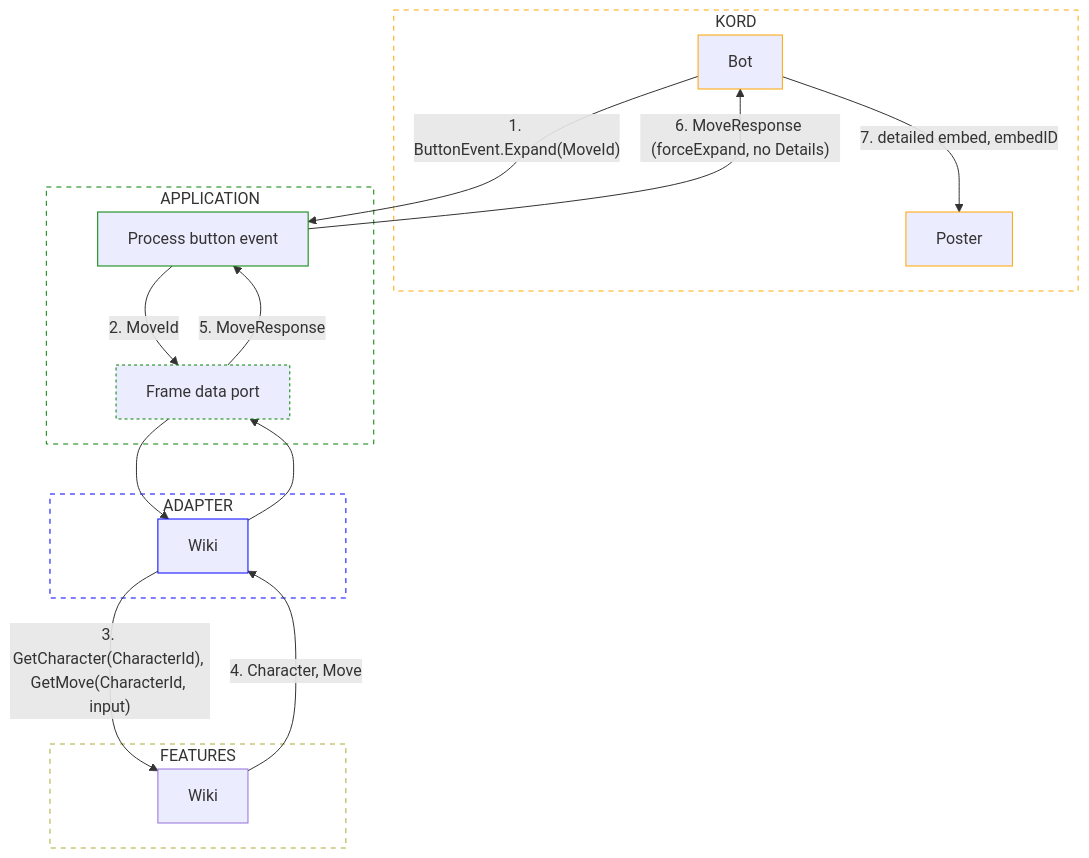
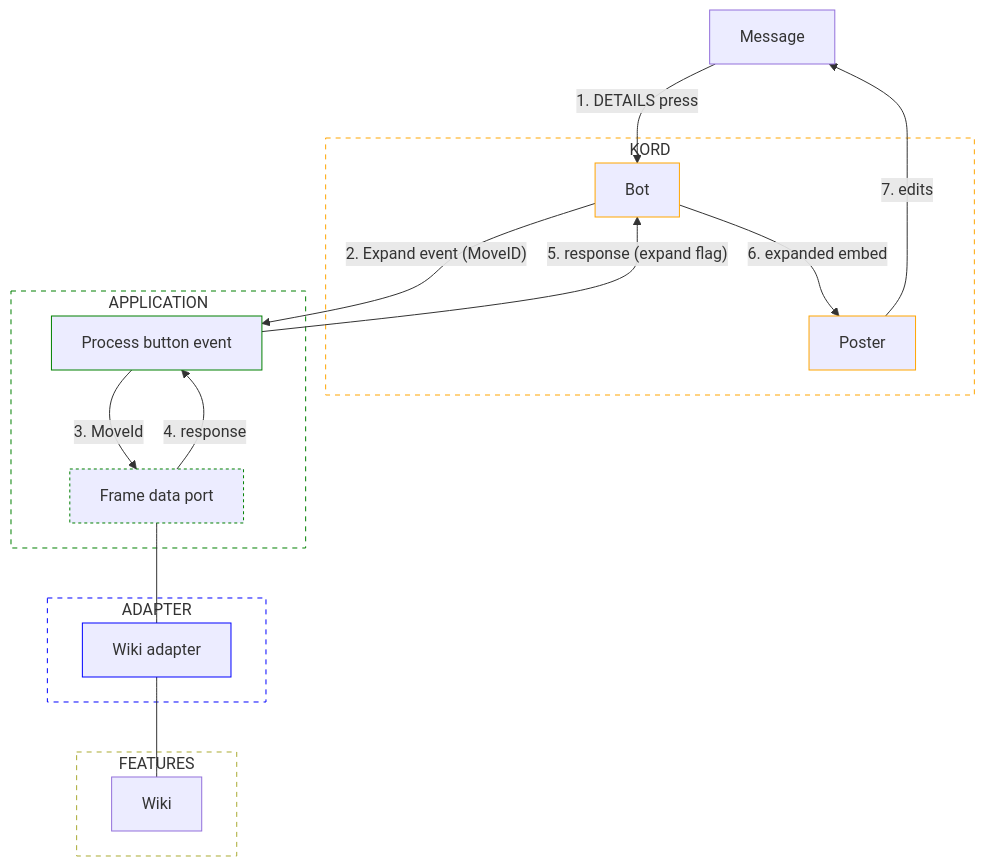
Before and after one commit to Sophon/FightingNerd: the diagram in bot/discord/src/jvmMain/kotlin/io/github/sophon/discord/docs/flow-expand.mmd, drawn with Mermaid.

Commit message:
docs (discord): expand flow graph

```diff
--- a/bot/discord/src/jvmMain/kotlin/io/github/sophon/discord/docs/flow-expand.mmd
+++ b/bot/discord/src/jvmMain/kotlin/io/github/sophon/discord/docs/flow-expand.mmd
@@ -1,38 +1,42 @@
 flowchart TD
+    message["Message"]
+
     subgraph KORD
         bot["Bot"]
         poster["Poster"]
     end
 
     subgraph APPLICATION
-        edit["Process button event"]
-        frame_data_p["Frame data port"]
+        btn_svc["Process button event"]
+        fd_p["Frame data port"]
     end
 
     subgraph ADAPTER
-        wiki_adp["Wiki"]
+        wiki_adp["Wiki adapter"]
     end
 
     subgraph FEATURES
         wiki["Wiki"]
     end
 
 
-    bot --> |"1. ButtonEvent.Expand(MoveId)"| edit --> |"2. MoveId"| frame_data_p --> wiki_adp --> |"3. GetCharacter(CharacterId), GetMove(CharacterId, input)"| wiki
-    wiki --> |"4. Character, Move"| wiki_adp --> frame_data_p --> |"5. MoveResponse"| edit --> |"6. MoveResponse (forceExpand, no Details)"| bot --> |"7. detailed embed, embedID"| poster
+    message --> |"1. DETAILS press"| bot --> |"2. Expand event (MoveID)"| btn_svc --> |"3. MoveId"| fd_p
+    fd_p --- wiki_adp --- wiki
+    fd_p --> |"4. response"| btn_svc --> |"5. response (expand flag)"| bot
+    bot --> |"6. expanded embed"| poster --> |"7. edits"| message
 
 
     style KORD stroke:orange,stroke-dasharray:5 5,fill:none
     style APPLICATION stroke:green,stroke-dasharray:5 5,fill:none
     style ADAPTER stroke:blue,stroke-dasharray:5 5,fill:none
     style FEATURES stroke-dasharray:5 5,fill:none
 
     classDef kord stroke:orange
     classDef application stroke:green
     classDef adapter stroke:blue
     classDef outboundPort stroke:green,stroke-dasharray:3 3
 
     class bot,poster kord
-    class edit application
-    class frame_data_p outboundPort
+    class btn_svc application
+    class fd_p outboundPort
     class wiki_adp adapter
```
